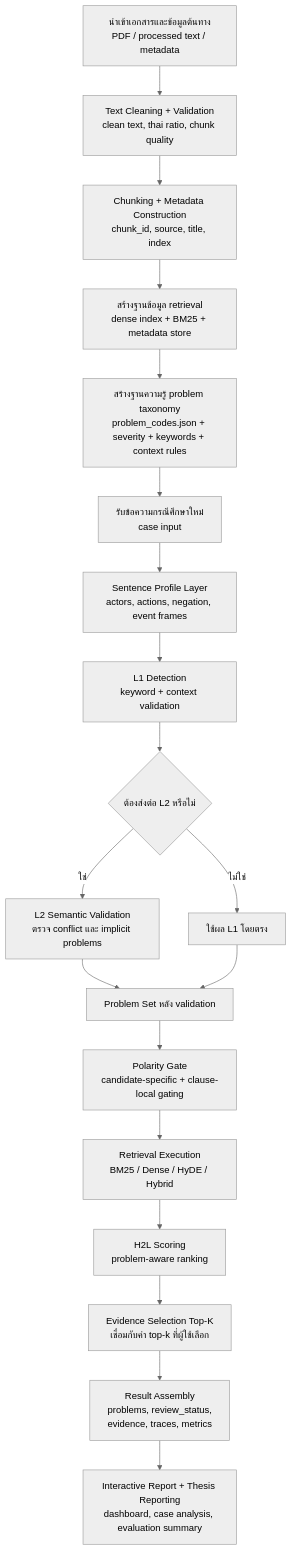
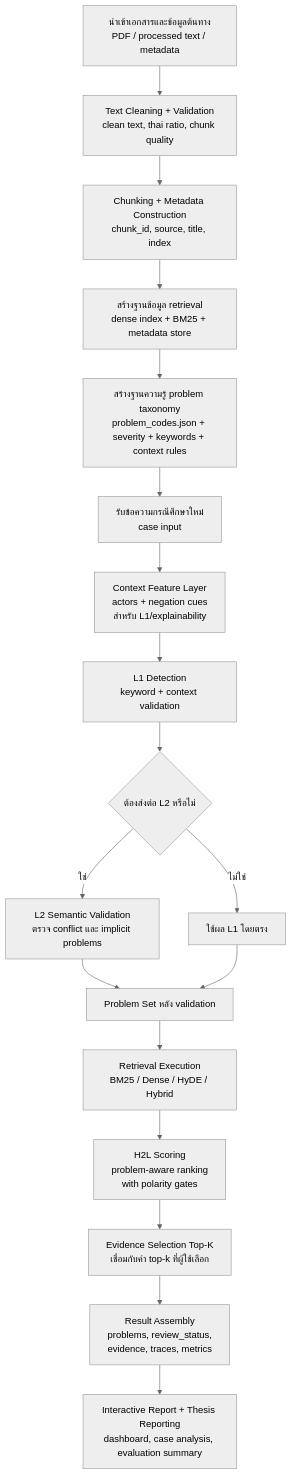
One commit to Mickeychay/thesis_one- changed the second of 9 diagrams in md_report/thesis_full_ch3_methodology.md. Above: the diagram before and after it, drawn with Mermaid (neutral theme). The commit also changed other lines of this file and 8 other files, not shown here.

````diff
--- a/md_report/thesis_full_ch3_methodology.md
+++ b/md_report/thesis_full_ch3_methodology.md
@@ -58,21 +82,20 @@
 ```mermaid
 flowchart TD
     A["นำเข้าเอกสารและข้อมูลต้นทาง<br/>PDF / processed text / metadata"] --> B["Text Cleaning + Validation<br/>clean text, thai ratio, chunk quality"]
     B --> C["Chunking + Metadata Construction<br/>chunk_id, source, title, index"]
     C --> D["สร้างฐานข้อมูล retrieval<br/>dense index + BM25 + metadata store"]
     D --> E["สร้างฐานความรู้ problem taxonomy<br/>problem_codes.json + severity + keywords + context rules"]
     E --> F["รับข้อความกรณีศึกษาใหม่<br/>case input"]
-    F --> G["Sentence Profile Layer<br/>actors, actions, negation, event frames"]
+    F --> G["Context Feature Layer<br/>actors + negation cues<br/>สำหรับ L1/explainability"]
     G --> H["L1 Detection<br/>keyword + context validation"]
     H --> I{"ต้องส่งต่อ L2 หรือไม่"}
     I -->|ใช่| J["L2 Semantic Validation<br/>ตรวจ conflict และ implicit problems"]
     I -->|ไม่ใช่| K["ใช้ผล L1 โดยตรง"]
     J --> L["Problem Set หลัง validation"]
     K --> L
-    L --> M["Polarity Gate<br/>candidate-specific + clause-local gating"]
-    M --> N["Retrieval Execution<br/>BM25 / Dense / HyDE / Hybrid"]
-    N --> O["H2L Scoring<br/>problem-aware ranking"]
+    L --> N["Retrieval Execution<br/>BM25 / Dense / HyDE / Hybrid"]
+    N --> O["H2L Scoring<br/>problem-aware ranking<br/>with polarity gates"]
     O --> P["Evidence Selection Top-K<br/>เชื่อมกับค่า top-k ที่ผู้ใช้เลือก"]
     P --> Q["Result Assembly<br/>problems, review_status,<br/>evidence, traces, metrics"]
     Q --> R["Interactive Report + Thesis Reporting<br/>dashboard, case analysis, evaluation summary"]
 ```
````
